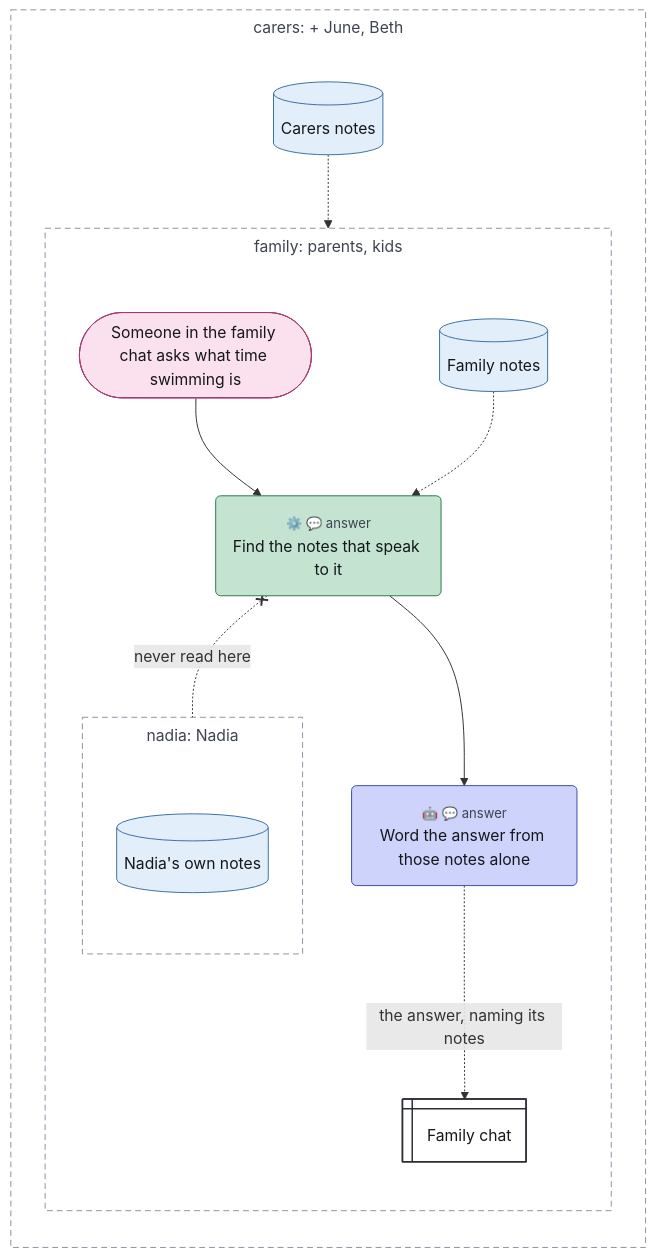
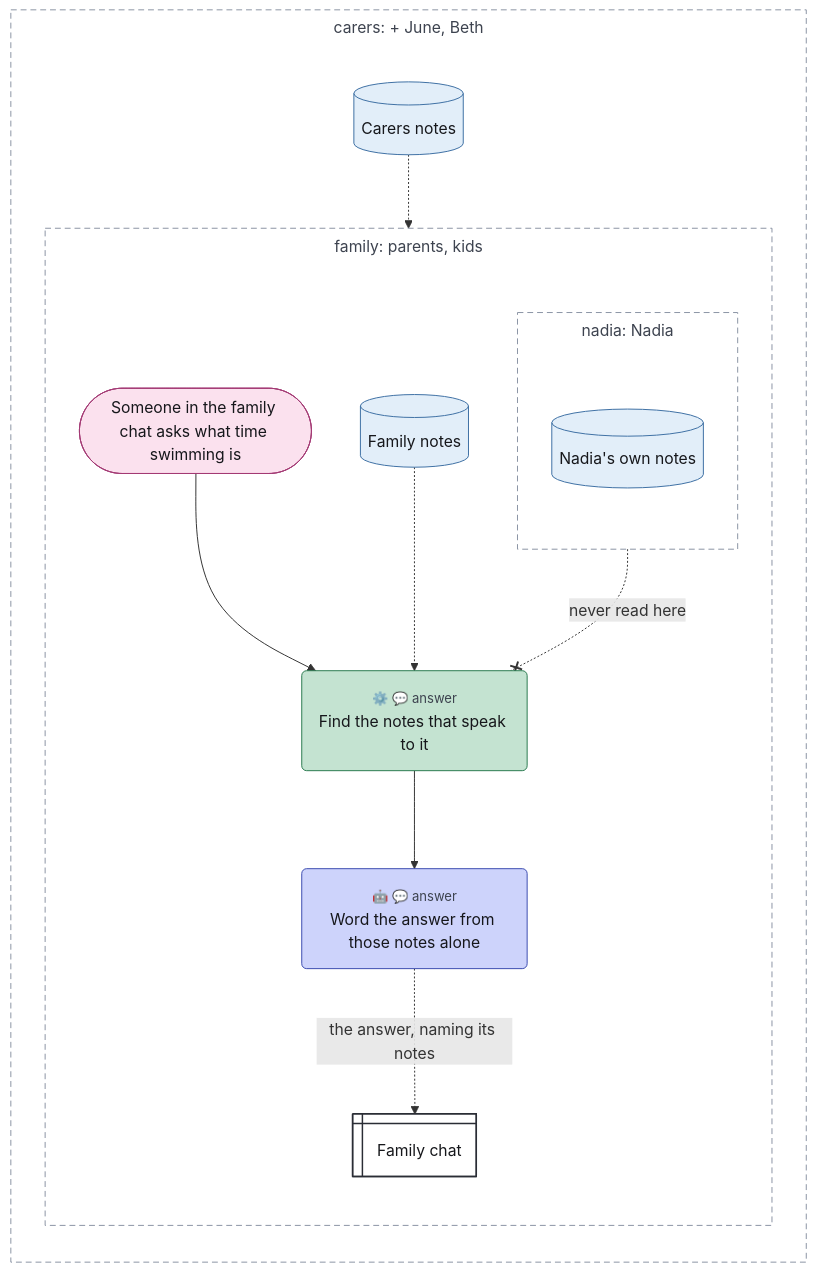
Before and after one commit to chrismdp/awml: the diagram in examples/question.mmd, drawn with Mermaid. The commit also changed 49 other files, not shown here.

```diff
--- a/examples/question.mmd
+++ b/examples/question.mmd
@@ -1,53 +1,52 @@
 ---
 config:
   theme: default
   fontFamily: Inter, sans-serif
   flowchart:
     useMaxWidth: false
     subGraphTitleMargin:
       top: 6
       bottom: 30
 ---
 flowchart TB
   subgraph carers["carers#58; #43; June#44; Beth"]
     direction TB
     carers_notes[("Carers notes")]
     subgraph family["family#58; parents#44; kids"]
       direction TB
       ask(["Someone in the family chat asks what time swimming is"])
       family_notes[("Family notes")]
       find("<small style='color:rgb(61,67,79)'>⚙️ 💬 answer</small><br>Find the notes that speak to it")
       word("<small style='color:rgb(61,67,79)'>🤖 💬 answer</small><br>Word the answer from those notes alone")
       chat@{ shape: win-pane, label: "Family chat" }
       subgraph nadia["nadia#58; Nadia"]
         direction TB
         nadia_notes[("Nadia#39;s own notes")]
       end
     end
   end
 
   ask --> find
   family_notes -.-> find
   carers_notes -.-> find
-  find x-.-x|"never read here"| nadia_notes
+  nadia_notes -.-x|"never read here"| find
   find --> word
   word -.->|"the answer#44; naming its notes"| chat
   classDef trig fill:#fbe1ee,stroke:#a33a74,color:#16171b
   classDef ctx fill:#e2eef9,stroke:#3d6fa3,color:#16171b
   classDef con fill:#eceef2,stroke:#5d6472,color:#16171b
   classDef surf fill:#ffffff,stroke:#2a2d35,stroke-width:1.5px,color:#16171b
   classDef out fill:#fde4dc,stroke:#b5532f,color:#16171b
   classDef ai fill:#cdd3fb,stroke:#3b4bb0,color:#16171b
   classDef code fill:#c4e3d1,stroke:#2b7a4f,color:#16171b
   classDef person fill:#f7d79a,stroke:#9a6100,color:#16171b
   classDef uml fill:#16171b,stroke:#16171b,color:#16171b
   classDef gap fill:#ffffff,stroke:#8a93a3,stroke-dasharray:4 3,color:#6b7280
   class ask trig
   class carers_notes,family_notes,nadia_notes ctx
   class chat surf
   class word ai
   class find code
   style carers fill:transparent,stroke:#8a93a3,stroke-dasharray:6 4,color:#3d434f
   style family fill:transparent,stroke:#8a93a3,stroke-dasharray:6 4,color:#3d434f
   style nadia fill:transparent,stroke:#8a93a3,stroke-dasharray:6 4,color:#3d434f
-  linkStyle 3 marker-end:none
```
